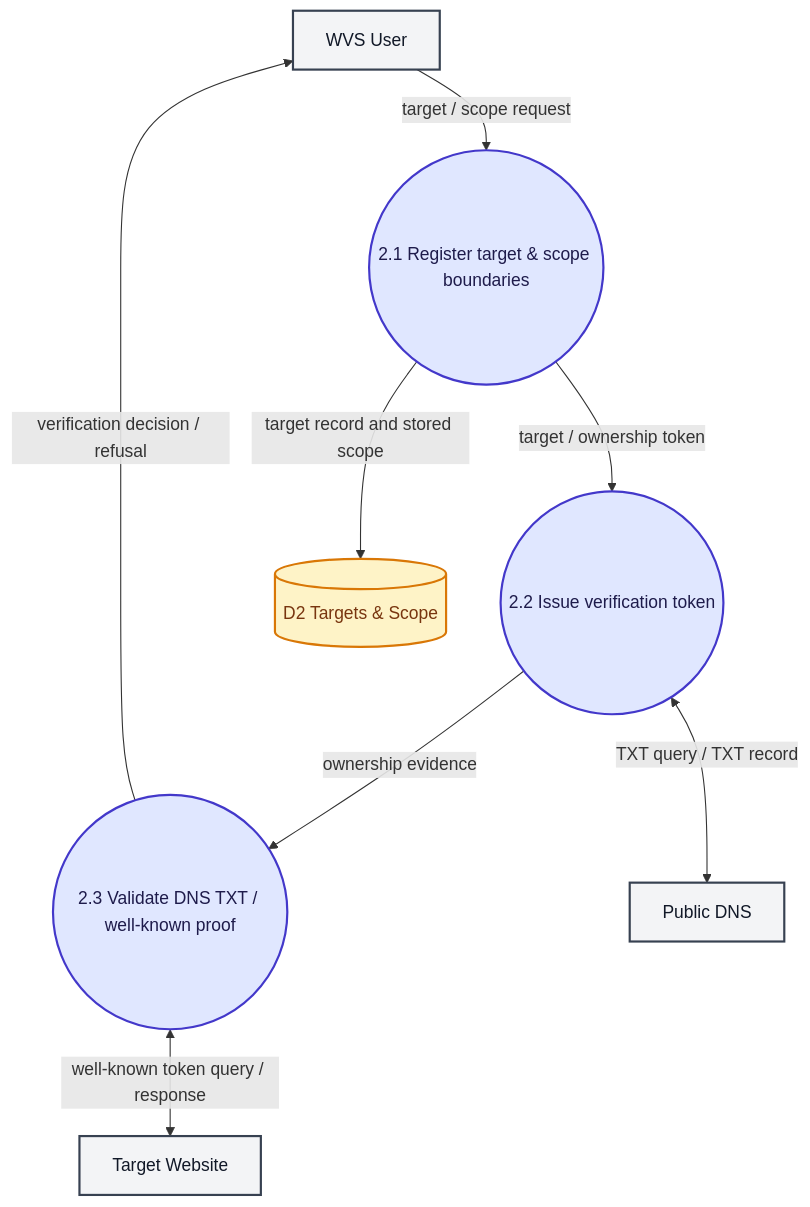
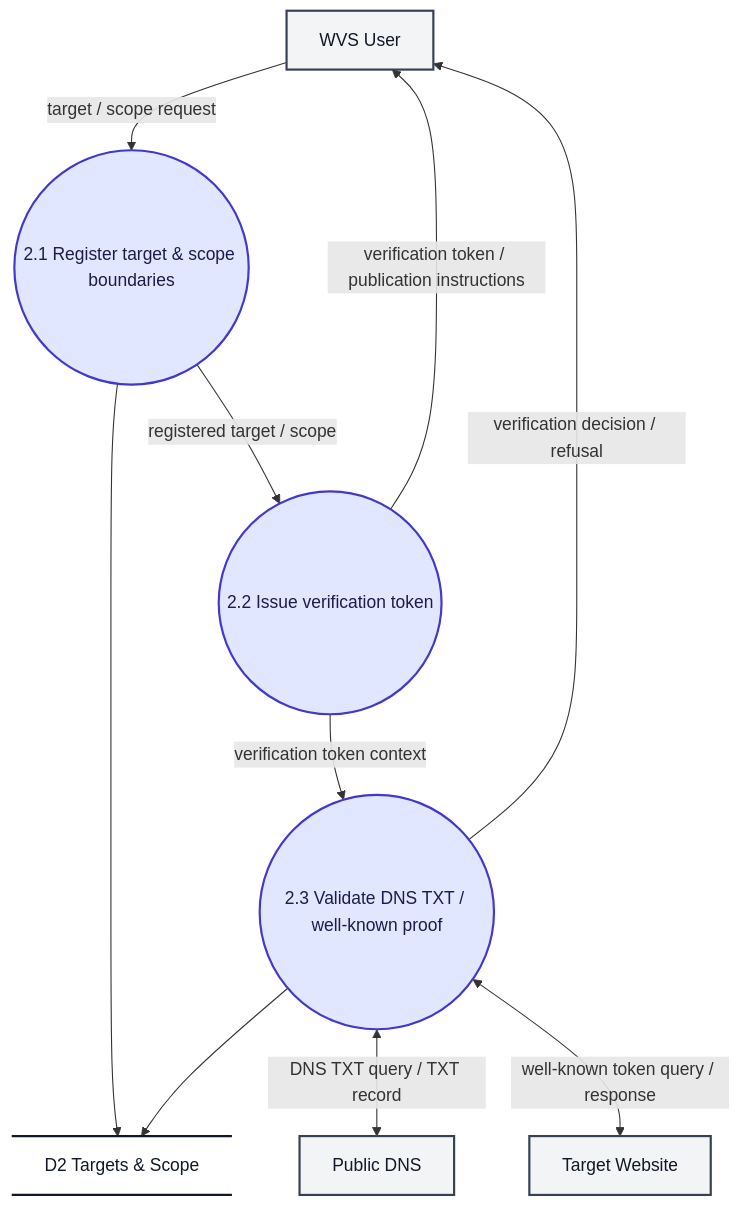
The fourth of 10 diagrams in docs/Website_Vulnerability_Scanner_DFD.md (ksacheth/software-engineering), drawn with Mermaid before and after one commit. The commit also changed other lines of this file and 25 other files, not shown here.

Commit message:
docs(dfd): standardize data store flows

````diff
--- a/docs/Website_Vulnerability_Scanner_DFD.md
+++ b/docs/Website_Vulnerability_Scanner_DFD.md
@@ -168,28 +171,30 @@
 ```mermaid
 flowchart TD
     %% Level 2 DFD - F.2 Target Management & Authorisation
 
     User["WVS User"]
     P21(("2.1 Register target & scope boundaries"))
     P22(("2.2 Issue verification token"))
     P23(("2.3 Validate DNS TXT / well-known proof"))
-    D2[("D2 Targets & Scope")]
+    D2@{ shape: datastore, label: "D2 Targets & Scope" }
     DNS["Public DNS"]
     Target["Target Website"]
 
     User -->|"target / scope request"| P21
     P23 -->|"verification decision / refusal"| User
-    P21 -->|"target / ownership token"| P22
-    P22 -->|"ownership evidence"| P23
-    P21 -->|"target record and stored scope"| D2
-    P22 <-->|"TXT query / TXT record"| DNS
+    P21 -->|"registered target / scope"| P22
+    P22 -->|"verification token / publication instructions"| User
+    P22 -->|"verification token context"| P23
+    P21 --> D2
+    P23 --> D2
+    P23 <-->|"DNS TXT query / TXT record"| DNS
     P23 <-->|"well-known token query / response"| Target
 
     %% Styling
     classDef process fill:#e0e7ff,stroke:#4338ca,stroke-width:2px,color:#1e1b4b;
     classDef entity fill:#f3f4f6,stroke:#374151,stroke-width:2px,color:#111827;
-    classDef store fill:#fef3c7,stroke:#d97706,stroke-width:2px,color:#78350f;
+    classDef store fill:transparent,stroke:#111827,stroke-width:2px,color:#111827;
     class P21,P22,P23 process;
     class User,DNS,Target entity;
     class D2 store;
 ```
````
